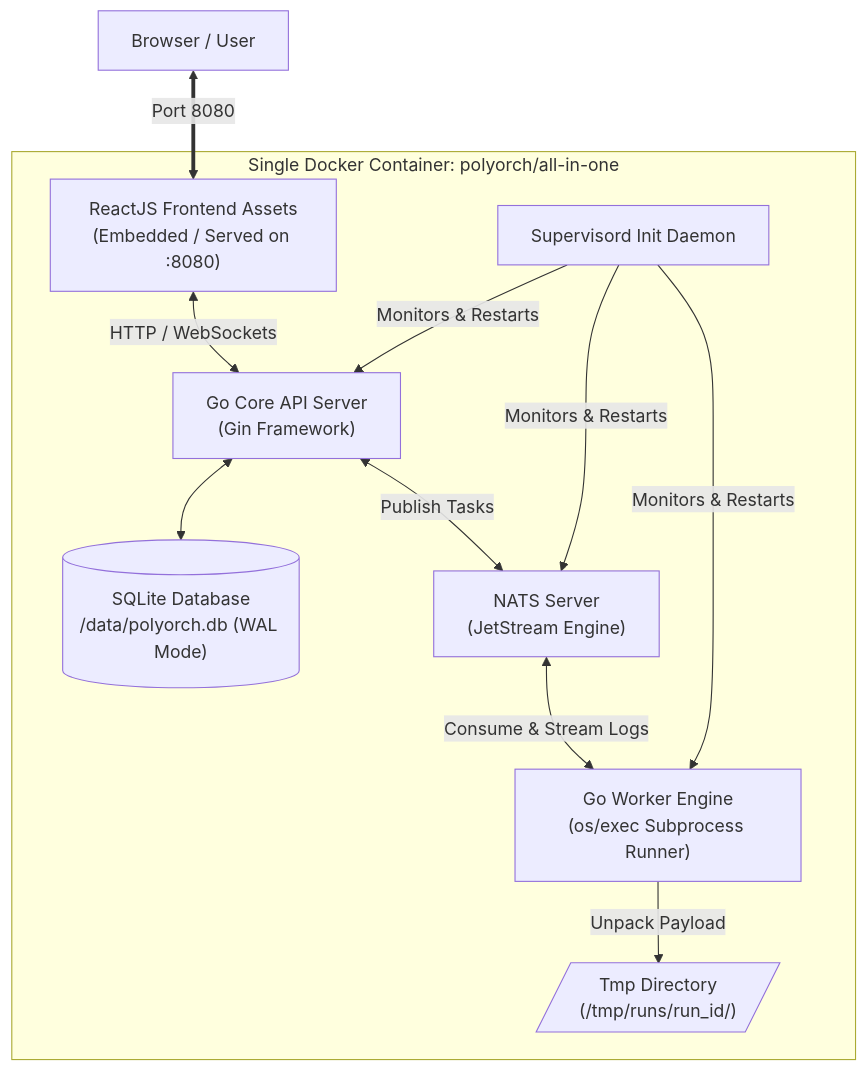
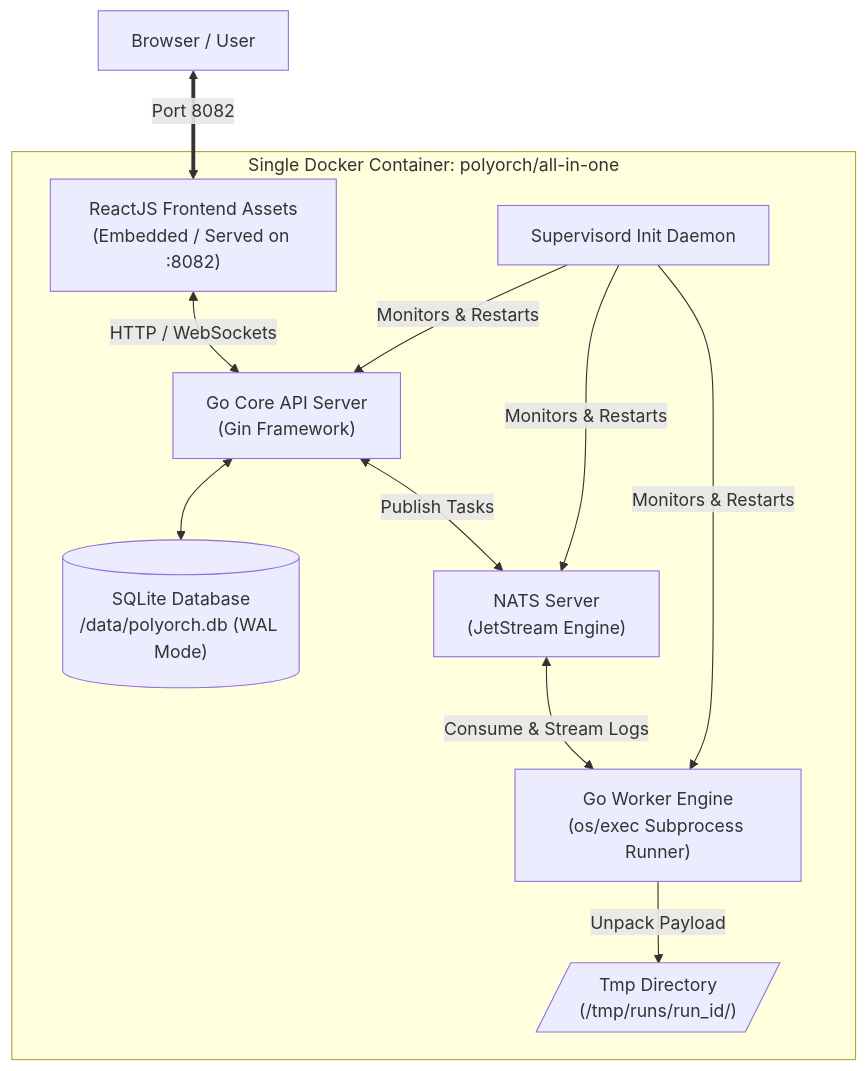
Before and after one commit to nimish-nirmal/polyorch: the diagram in README.md, drawn with Mermaid. The commit also changed other lines of this file and 61 other files, not shown here.

````diff
--- a/README.md
+++ b/README.md
@@ -286,19 +292,19 @@
 ```mermaid
 flowchart TD
     subgraph Container ["Single Docker Container: polyorch/all-in-one"]
-        UI["ReactJS Frontend Assets<br/>(Embedded / Served on :8080)"] <-->|HTTP / WebSockets| API["Go Core API Server<br/>(Gin Framework)"]
+        UI["ReactJS Frontend Assets<br/>(Embedded / Served on :8082)"] <-->|HTTP / WebSockets| API["Go Core API Server<br/>(Gin Framework)"]
         
         API <--> DB[("SQLite Database<br/>/data/polyorch.db (WAL Mode)")]
         API <-->|Publish Tasks| NATS["NATS Server<br/>(JetStream Engine)"]
         
         NATS <-->|Consume & Stream Logs| Worker["Go Worker Engine<br/>(os/exec Subprocess Runner)"]
         
         Worker -->|Unpack Payload| Temp[/"Tmp Directory<br/>(/tmp/runs/run_id/)"/]
         
         ProcessManager["Supervisord Init Daemon"] -->|Monitors & Restarts| NATS
         ProcessManager -->|Monitors & Restarts| API
         ProcessManager -->|Monitors & Restarts| Worker
     end
 
-    Client["Browser / User"] <==>|Port 8080| UI
+    Client["Browser / User"] <==>|Port 8082| UI
 ```
````
